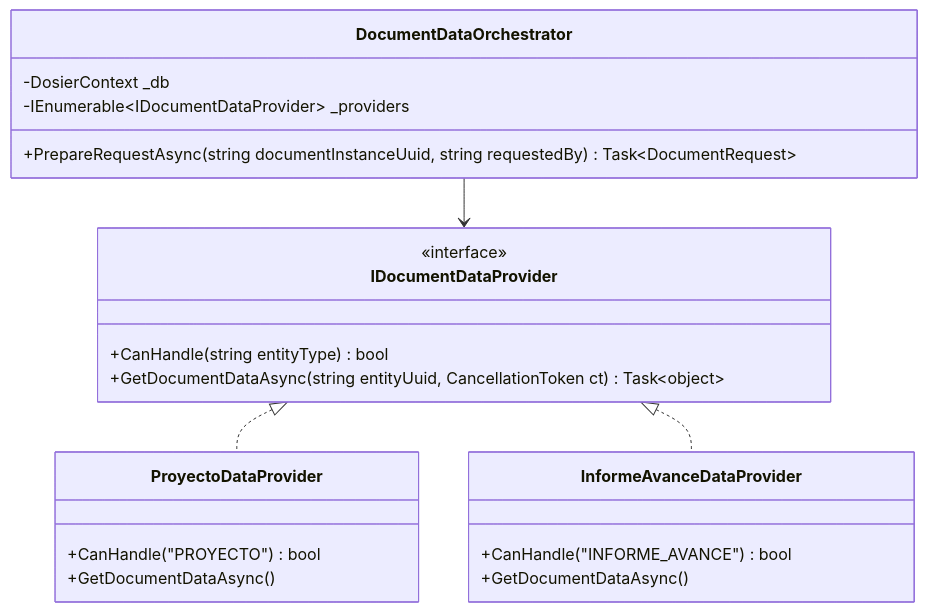
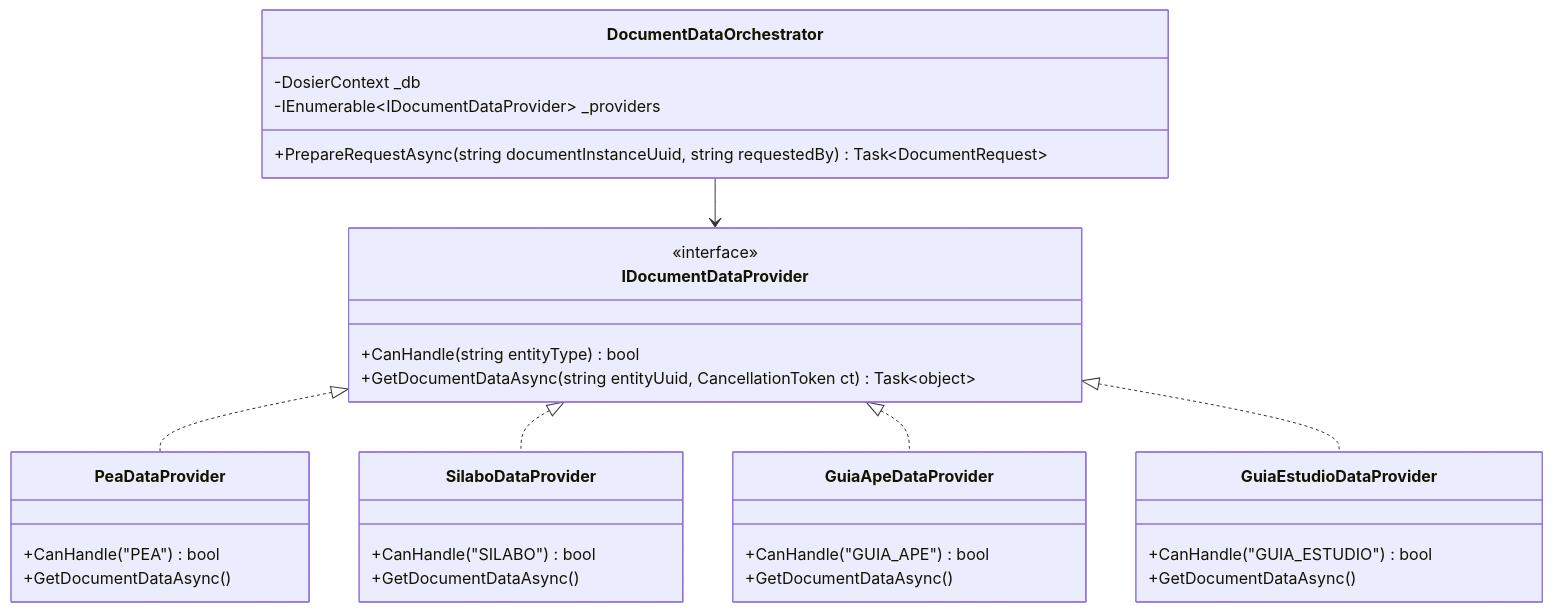
Before and after one commit to JorgeDoicela/dosier: the second of 5 diagrams in docs/documentacion/01-arquitectura/02-micro-arquitecturas-patrones.md, drawn with Mermaid. The commit also changed other lines of this file and 29 other files, not shown here.

````diff
--- a/docs/documentacion/01-arquitectura/02-micro-arquitecturas-patrones.md
+++ b/docs/documentacion/01-arquitectura/02-micro-arquitecturas-patrones.md
@@ -34,28 +34,40 @@
 ```mermaid
 classDiagram
     class IDocumentDataProvider {
         <<interface>>
         +CanHandle(string entityType) bool
         +GetDocumentDataAsync(string entityUuid, CancellationToken ct) Task~object~
     }
 
     class DocumentDataOrchestrator {
         -DosierContext _db
         -IEnumerable~IDocumentDataProvider~ _providers
         +PrepareRequestAsync(string documentInstanceUuid, string requestedBy) Task~DocumentRequest~
     }
 
-    class ProyectoDataProvider {
-        +CanHandle("PROYECTO") bool
+    class PeaDataProvider {
+        +CanHandle("PEA") bool
         +GetDocumentDataAsync()
     }
 
-    class InformeAvanceDataProvider {
-        +CanHandle("INFORME_AVANCE") bool
+    class SilaboDataProvider {
+        +CanHandle("SILABO") bool
         +GetDocumentDataAsync()
     }
 
-    IDocumentDataProvider <|.. ProyectoDataProvider
-    IDocumentDataProvider <|.. InformeAvanceDataProvider
+    class GuiaApeDataProvider {
+        +CanHandle("GUIA_APE") bool
+        +GetDocumentDataAsync()
+    }
+
+    class GuiaEstudioDataProvider {
+        +CanHandle("GUIA_ESTUDIO") bool
+        +GetDocumentDataAsync()
+    }
+
+    IDocumentDataProvider <|.. PeaDataProvider
+    IDocumentDataProvider <|.. SilaboDataProvider
+    IDocumentDataProvider <|.. GuiaApeDataProvider
+    IDocumentDataProvider <|.. GuiaEstudioDataProvider
     DocumentDataOrchestrator --> IDocumentDataProvider
 ```
````
